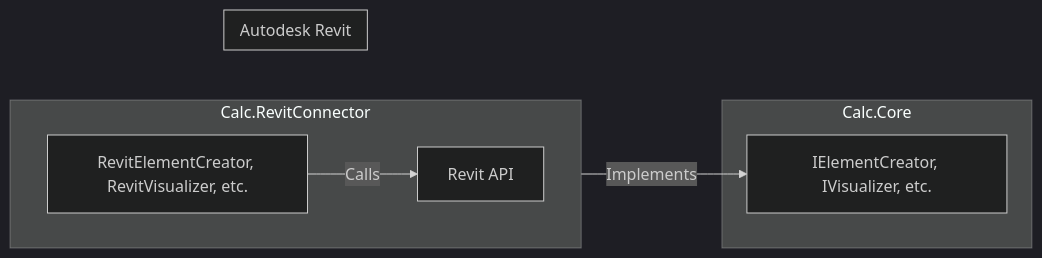
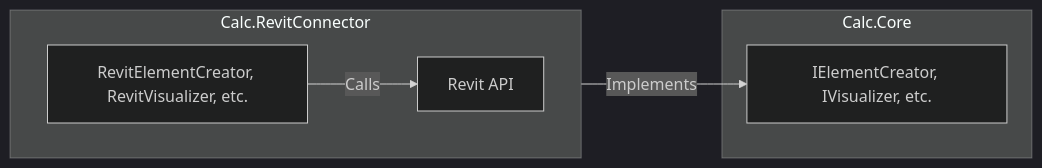
One commit to herzogdemeuron/calc changed the diagram in dev/RevitConnector/README.md. Above: the diagram before and after it, drawn with Mermaid (dark theme).

````diff
--- a/dev/RevitConnector/README.md
+++ b/dev/RevitConnector/README.md
@@ -11,17 +11,12 @@
 ```mermaid
 graph LR
     subgraph Calc.Core
         Interfaces[IElementCreator, IVisualizer, etc.]
     end
 
     subgraph Calc.RevitConnector
         direction LR
         Implementations[RevitElementCreator, RevitVisualizer, etc.] -- Implements --> Interfaces
         Implementations -- Calls --> RevitAPI[Revit API]
     end
-
-    subgraph Autodesk Revit
-        direction LR
-        RevitAPI
-    end
 ```
````
